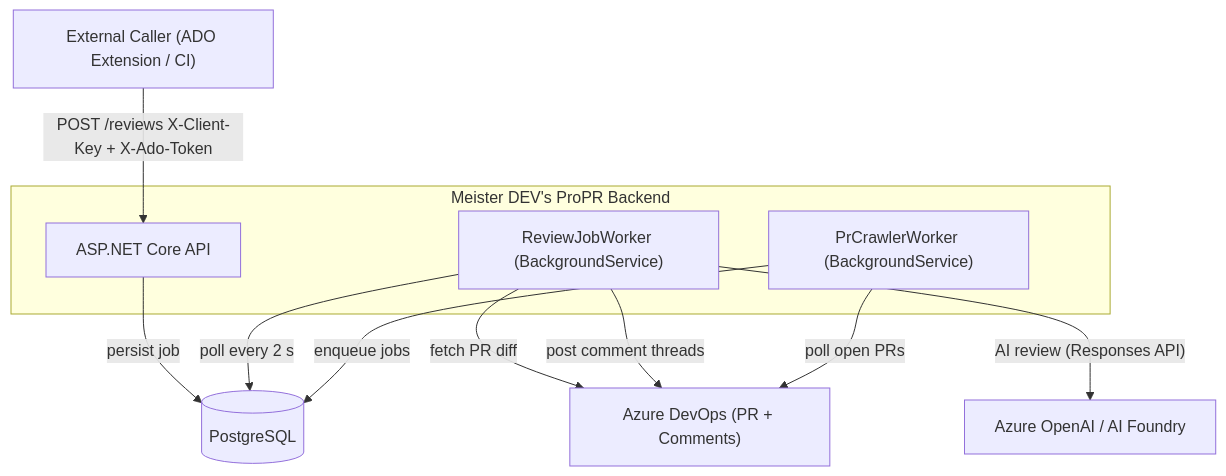
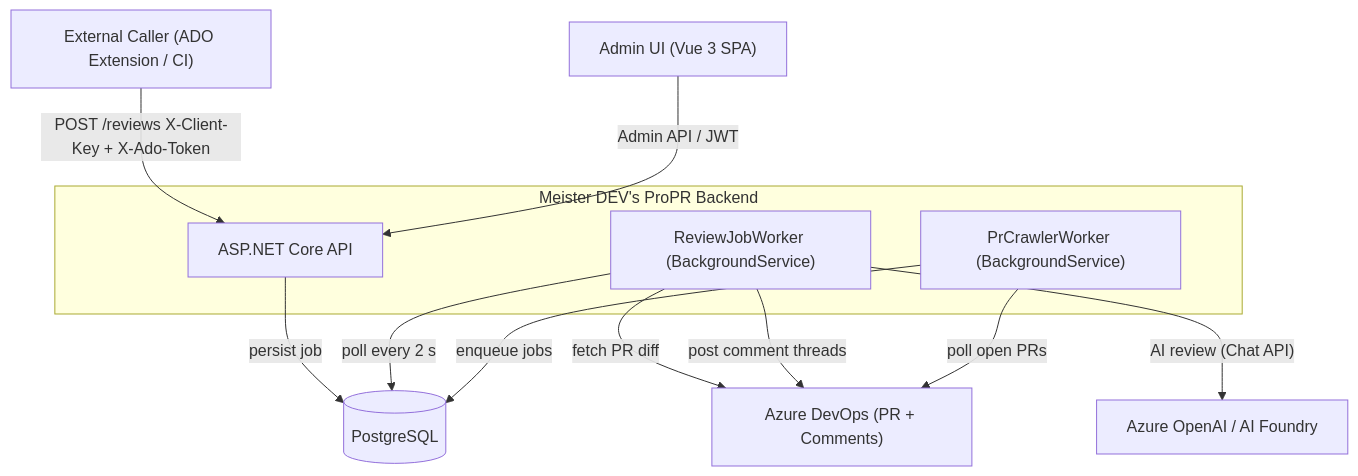
The first of 9 diagrams in docs/architecture.md (meister-dev-ai/propr), drawn with Mermaid before and after one commit. The commit also changed other lines of this file and 220 other files, not shown here.

````diff
--- a/docs/architecture.md
+++ b/docs/architecture.md
@@ -19,22 +20,24 @@
 ```mermaid
 flowchart TD
     ADO["Azure DevOps (PR + Comments)"]
     AOAI["Azure OpenAI / AI Foundry"]
     EXT["External Caller (ADO Extension / CI)"]
     PG[("PostgreSQL")]
+    ADMINUI["Admin UI (Vue 3 SPA)"]
 
     subgraph backend["Meister DEV's ProPR Backend"]
         API["ASP.NET Core API"]
         WORKER["ReviewJobWorker (BackgroundService)"]
         CRAWLER["PrCrawlerWorker (BackgroundService)"]
     end
 
     EXT -- "POST /reviews X-Client-Key + X-Ado-Token" --> API
+    ADMINUI -- "Admin API / JWT" --> API
     API -- "persist job" --> PG
     WORKER -- "poll every 2 s" --> PG
     WORKER -- "fetch PR diff" --> ADO
-    WORKER -- "AI review (Responses API)" --> AOAI
+    WORKER -- "AI review (Chat API)" --> AOAI
     WORKER -- "post comment threads" --> ADO
     CRAWLER -- "poll open PRs" --> ADO
     CRAWLER -- "enqueue jobs" --> PG
 ```
````
